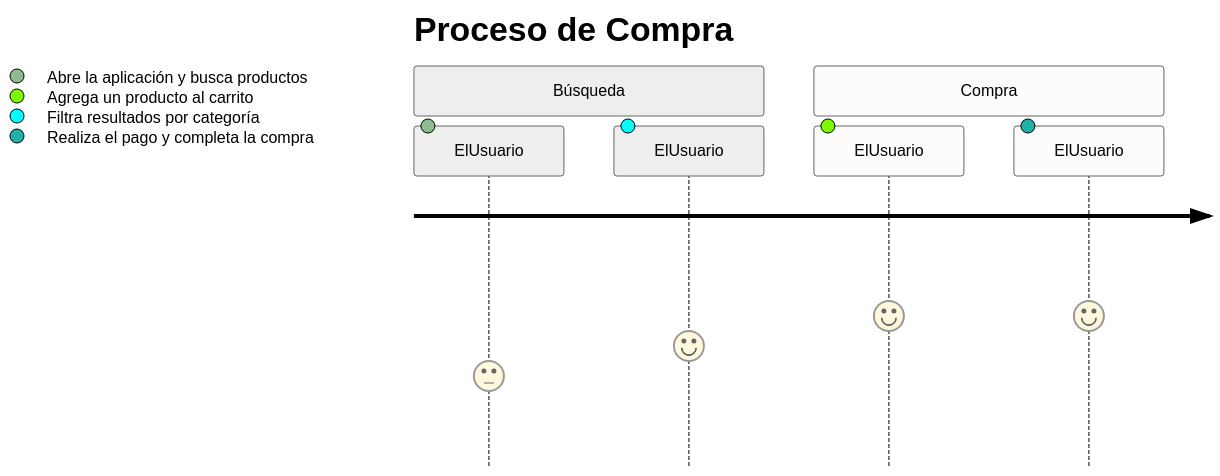
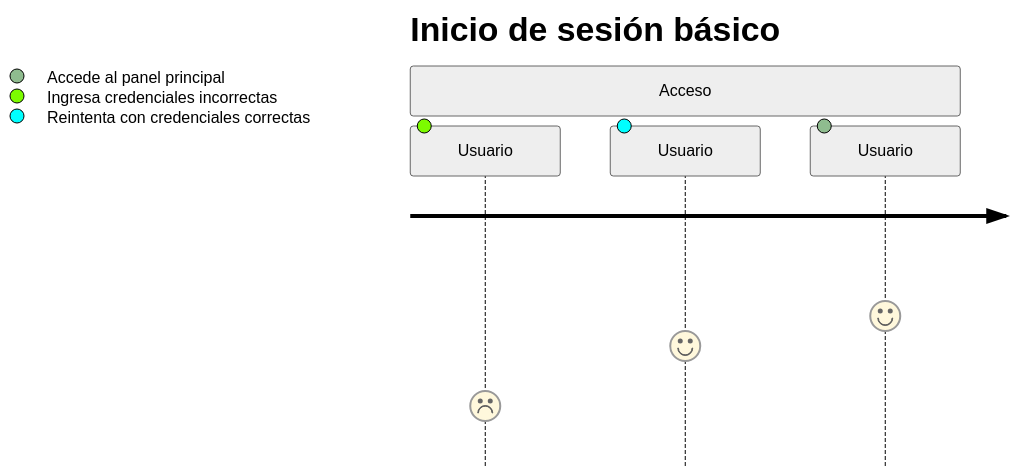
Before and after one commit to sc4rfacex/straight: the second of 12 diagrams in knowledge/user-journey.md, drawn with Mermaid (neutral theme). The commit also changed other lines of this file and 2 other files, not shown here.

Commit message:
Expandir guías de diagramas críticos

````diff
--- a/knowledge/user-journey.md
+++ b/knowledge/user-journey.md
@@ -11,11 +28,8 @@
 ```mermaid
-
 journey
-    title Proceso de Compra
-    section Búsqueda
-      ElUsuario: 3: Abre la aplicación y busca productos
-      ElUsuario: 4: Filtra resultados por categoría
-    section Compra
-      ElUsuario: 5: Agrega un producto al carrito
-      ElUsuario: 5: Realiza el pago y completa la compra
+    title Inicio de sesión básico
+    section Acceso
+        Usuario: 2: Ingresa credenciales incorrectas
+        Usuario: 4: Reintenta con credenciales correctas
+        Usuario: 5: Accede al panel principal
 ```
````
